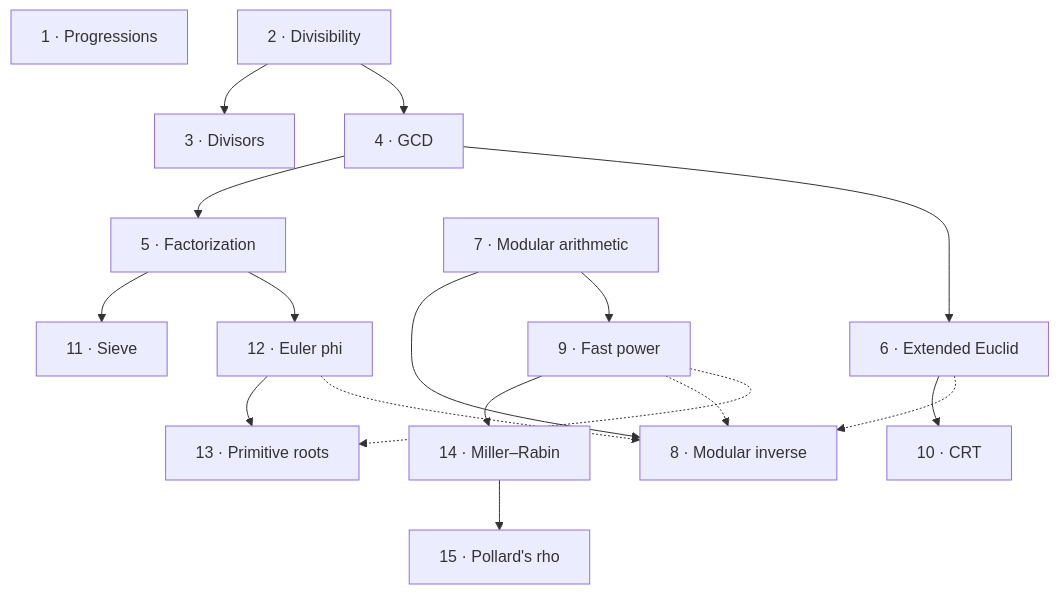
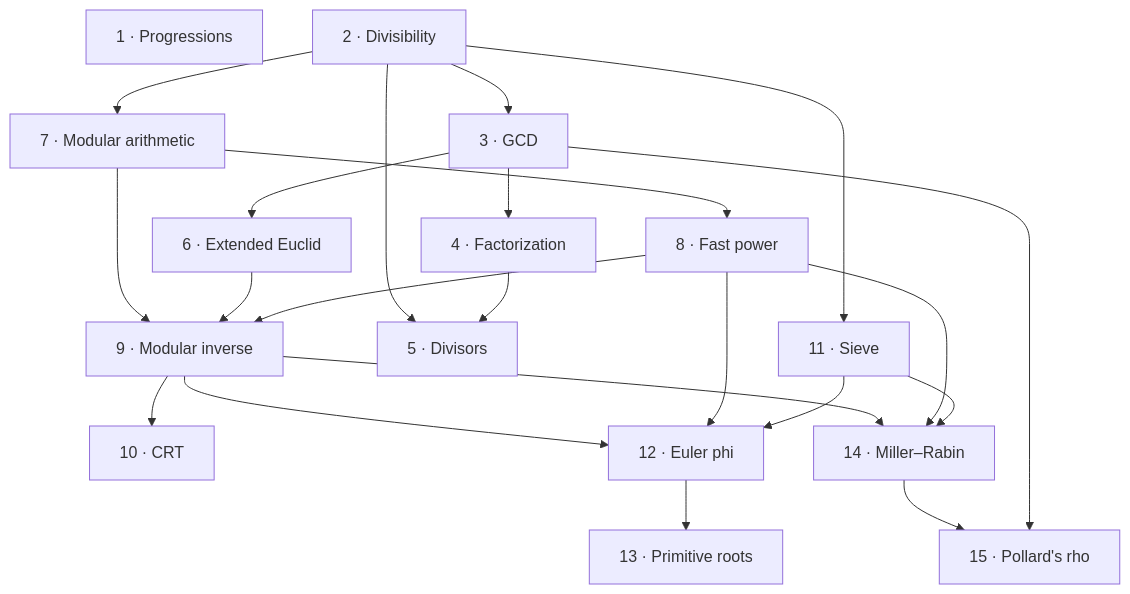
The diagram in README.md (baraafanah21/NumberTheory), drawn with Mermaid before and after one commit. The commit also changed other lines of this file, not shown here.

Commit message:
README: fix reading order and redraw roadmap from each concept's Needs

````diff
--- a/README.md
+++ b/README.md
@@ -36,23 +36,30 @@
 ```mermaid
 flowchart TD
     P1["1 · Progressions"]
 
-    D2["2 · Divisibility"] --> D3["3 · Divisors"]
-    D2 --> G4["4 · GCD"]
-    G4 --> F5["5 · Factorization"]
-    F5 --> S11["11 · Sieve"]
-    F5 --> E12["12 · Euler phi"]
+    D2["2 · Divisibility"] --> G3["3 · GCD"]
+    D2 --> S11["11 · Sieve"]
+    D2 --> M7["7 · Modular arithmetic"]
+    D2 --> V5["5 · Divisors"]
+
+    G3 --> F4["4 · Factorization"]
+    G3 --> X6["6 · Extended Euclid"]
+    F4 --> V5
+
+    M7 --> W8["8 · Fast power"]
+    M7 --> I9["9 · Modular inverse"]
+    X6 --> I9
+    W8 --> I9
+    I9 --> C10["10 · CRT"]
+
+    I9 --> E12["12 · Euler phi"]
+    W8 --> E12
+    S11 --> E12
     E12 --> R13["13 · Primitive roots"]
-    G4 --> X6["6 · Extended Euclid"]
-    X6 --> C10["10 · CRT"]
 
-    M7["7 · Modular arithmetic"] --> I8["8 · Modular inverse"]
-    M7 --> W9["9 · Fast power"]
-    W9 --> MR14["14 · Miller–Rabin"]
+    I9 --> MR14["14 · Miller–Rabin"]
+    W8 --> MR14
+    S11 --> MR14
     MR14 --> PR15["15 · Pollard's rho"]
-
-    X6 -.-> I8
-    W9 -.-> I8
-    E12 -.-> I8
-    W9 -.-> R13
+    G3 --> PR15
 ```
````
